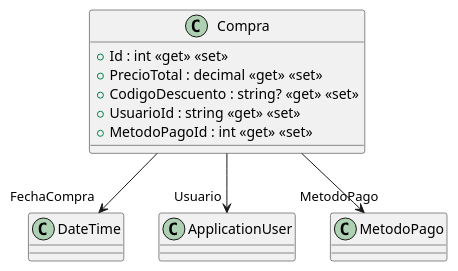
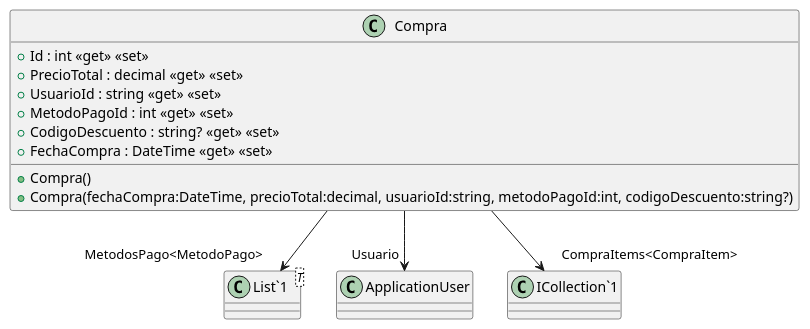
Before and after one commit to ISII2627NeedMoneyForMac/ISII2627NeedMoneyForMac: the diagram in src/AppForSEII.API/ClassDiagram/Compra.puml, drawn with PlantUML. The commit also changed 14 other files, not shown here.

Commit message:
Se han editado las clases compra, compraItem y libro, y el diagrama del CU Comprar libro (#48)

```diff
--- a/src/AppForSEII.API/ClassDiagram/Compra.puml
+++ b/src/AppForSEII.API/ClassDiagram/Compra.puml
@@ -1,12 +1,18 @@
 @startuml
 class Compra {
+    + Compra()
+    + Compra(fechaCompra:DateTime, precioTotal:decimal, usuarioId:string, metodoPagoId:int, codigoDescuento:string?)
     + Id : int <<get>> <<set>>
     + PrecioTotal : decimal <<get>> <<set>>
-    + CodigoDescuento : string? <<get>> <<set>>
     + UsuarioId : string <<get>> <<set>>
     + MetodoPagoId : int <<get>> <<set>>
+    + CodigoDescuento : string? <<get>> <<set>>
+    + FechaCompra : DateTime <<get>> <<set>>
 }
-Compra --> "FechaCompra" DateTime
+class "List`1"<T> {
+}
+
 Compra --> "Usuario" ApplicationUser
-Compra --> "MetodoPago" MetodoPago
+Compra --> "MetodosPago<MetodoPago>" "List`1"
+Compra --> "CompraItems<CompraItem>" "ICollection`1"
 @enduml
```
